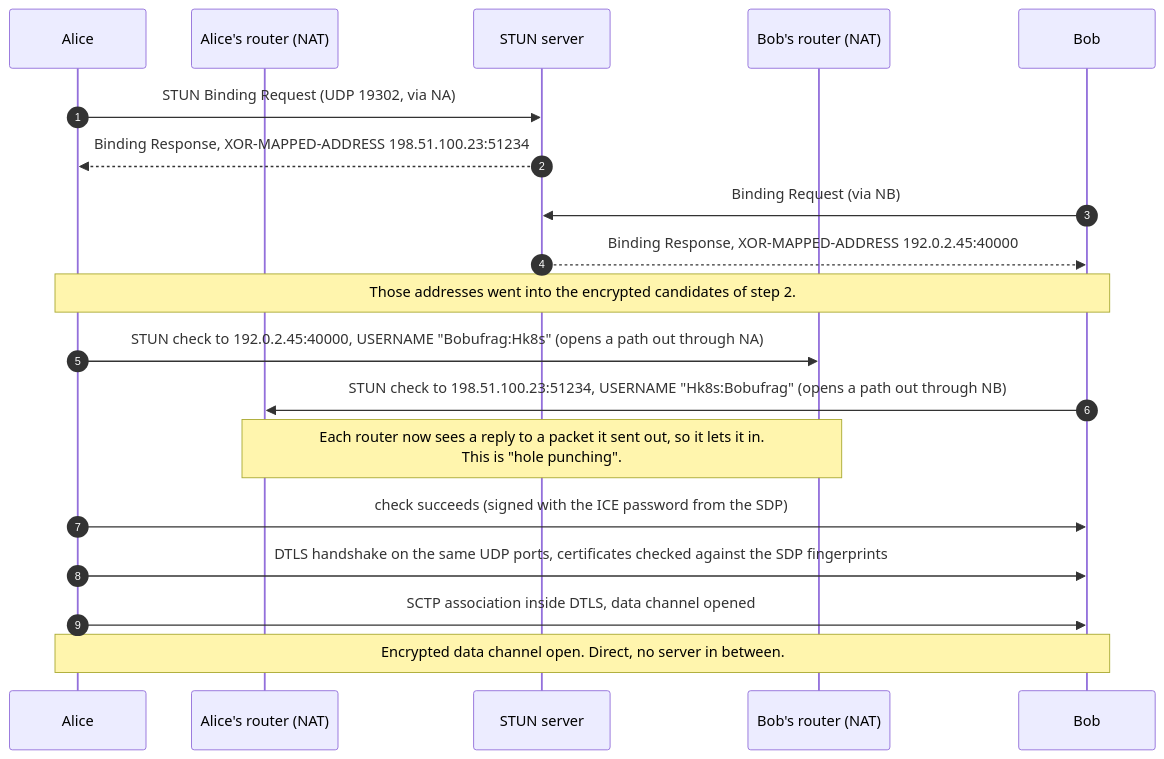
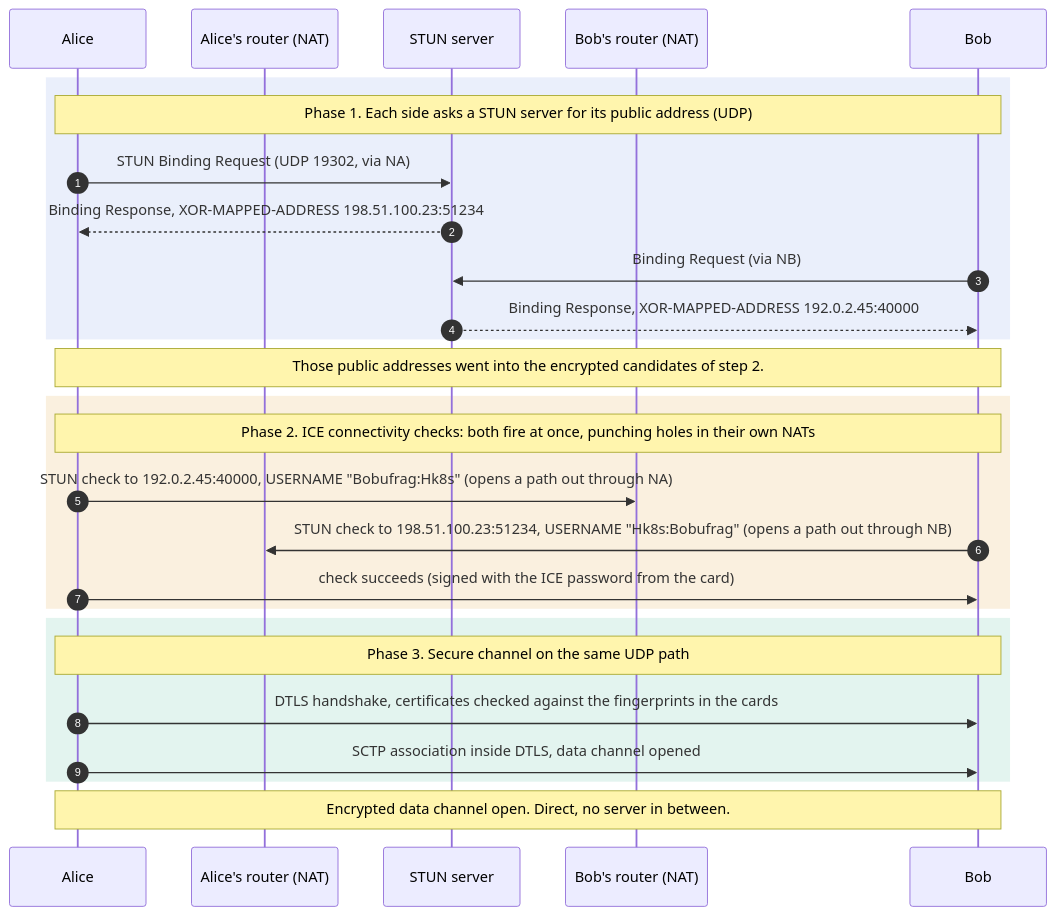
Before and after one commit to common-sec/secure-share: the third of 6 diagrams in docs/COMMUNICATION.md, drawn with Mermaid. The commit also changed other lines of this file, not shown here.

First line of the commit message:
Label every message group in the sequence diagrams and add legends

````diff
--- a/docs/COMMUNICATION.md
+++ b/docs/COMMUNICATION.md
@@ -288,22 +322,34 @@
 ```mermaid
 sequenceDiagram
     autonumber
     participant A as Alice
     participant NA as Alice's router (NAT)
     participant ST as STUN server
     participant NB as Bob's router (NAT)
     participant B as Bob
 
+    rect rgba(80, 120, 220, 0.12)
+    Note over A,B: Phase 1. Each side asks a STUN server for its public address (UDP)
     A->>ST: STUN Binding Request (UDP 19302, via NA)
     ST-->>A: Binding Response, XOR-MAPPED-ADDRESS 198.51.100.23:51234
     B->>ST: Binding Request (via NB)
     ST-->>B: Binding Response, XOR-MAPPED-ADDRESS 192.0.2.45:40000
-    Note over A,B: Those addresses went into the encrypted candidates of step 2.
+    end
+
+    Note over A,B: Those public addresses went into the encrypted candidates of step 2.
+
+    rect rgba(220, 150, 30, 0.14)
+    Note over A,B: Phase 2. ICE connectivity checks: both fire at once, punching holes in their own NATs
     A->>NB: STUN check to 192.0.2.45:40000, USERNAME "Bobufrag:Hk8s" (opens a path out through NA)
     B->>NA: STUN check to 198.51.100.23:51234, USERNAME "Hk8s:Bobufrag" (opens a path out through NB)
-    Note over NA,NB: Each router now sees a reply to a packet it sent out, so it lets it in.<br/>This is "hole punching".
-    A->>B: check succeeds (signed with the ICE password from the SDP)
-    A->>B: DTLS handshake on the same UDP ports, certificates checked against the SDP fingerprints
+    A->>B: check succeeds (signed with the ICE password from the card)
+    end
+
+    rect rgba(30, 160, 120, 0.12)
+    Note over A,B: Phase 3. Secure channel on the same UDP path
+    A->>B: DTLS handshake, certificates checked against the fingerprints in the cards
     A->>B: SCTP association inside DTLS, data channel opened
+    end
+
     Note over A,B: Encrypted data channel open. Direct, no server in between.
 ```
````
